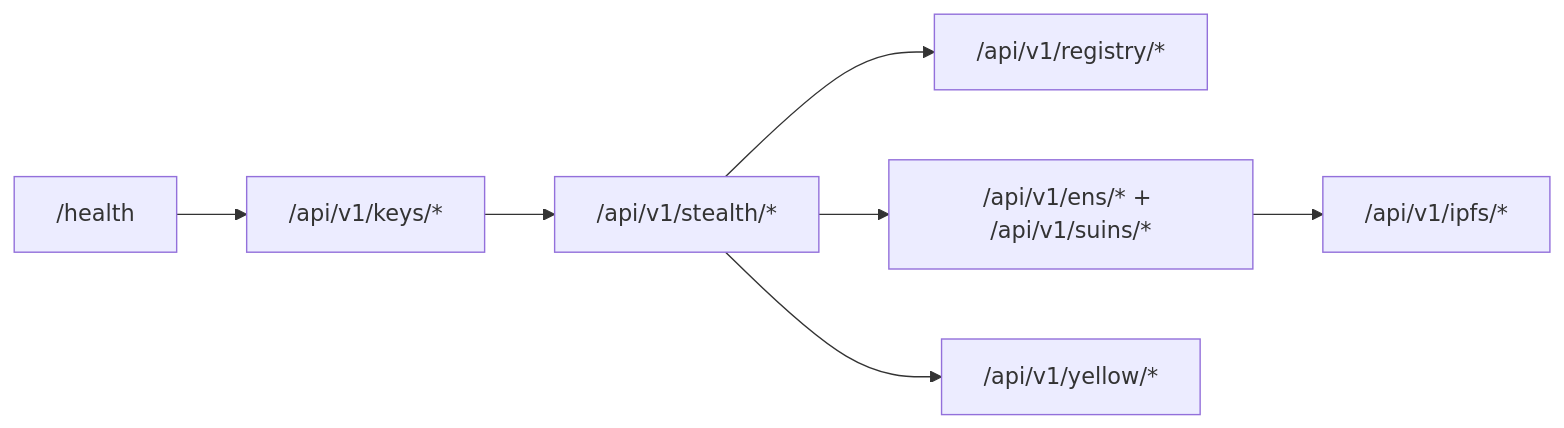
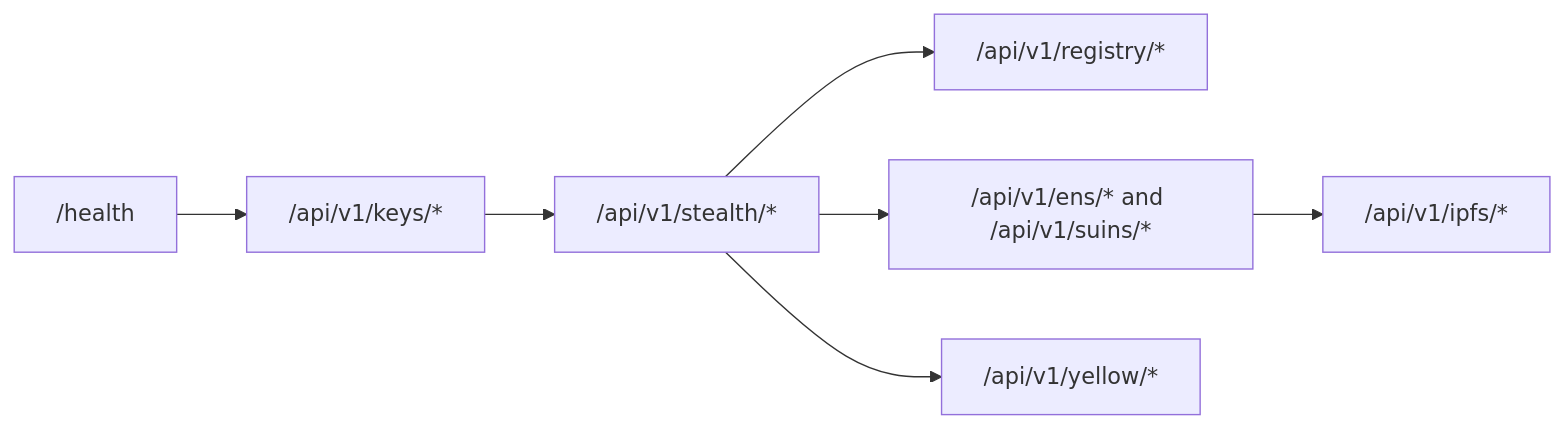
Before and after one commit to specter-privacy/docs: the diagram in api/introduction.mdx, drawn with Mermaid. The commit also changed other lines of this file and 26 other files, not shown here.

````diff
--- a/api/introduction.mdx
+++ b/api/introduction.mdx
@@ -24,9 +25,9 @@
 ```mermaid
 flowchart LR
     A["/health"] --> B["/api/v1/keys/*"]
     B --> C["/api/v1/stealth/*"]
     C --> D["/api/v1/registry/*"]
-    C --> E["/api/v1/ens/* + /api/v1/suins/*"]
+    C --> E["/api/v1/ens/* and /api/v1/suins/*"]
     E --> F["/api/v1/ipfs/*"]
     C --> G["/api/v1/yellow/*"]
 ```
````
